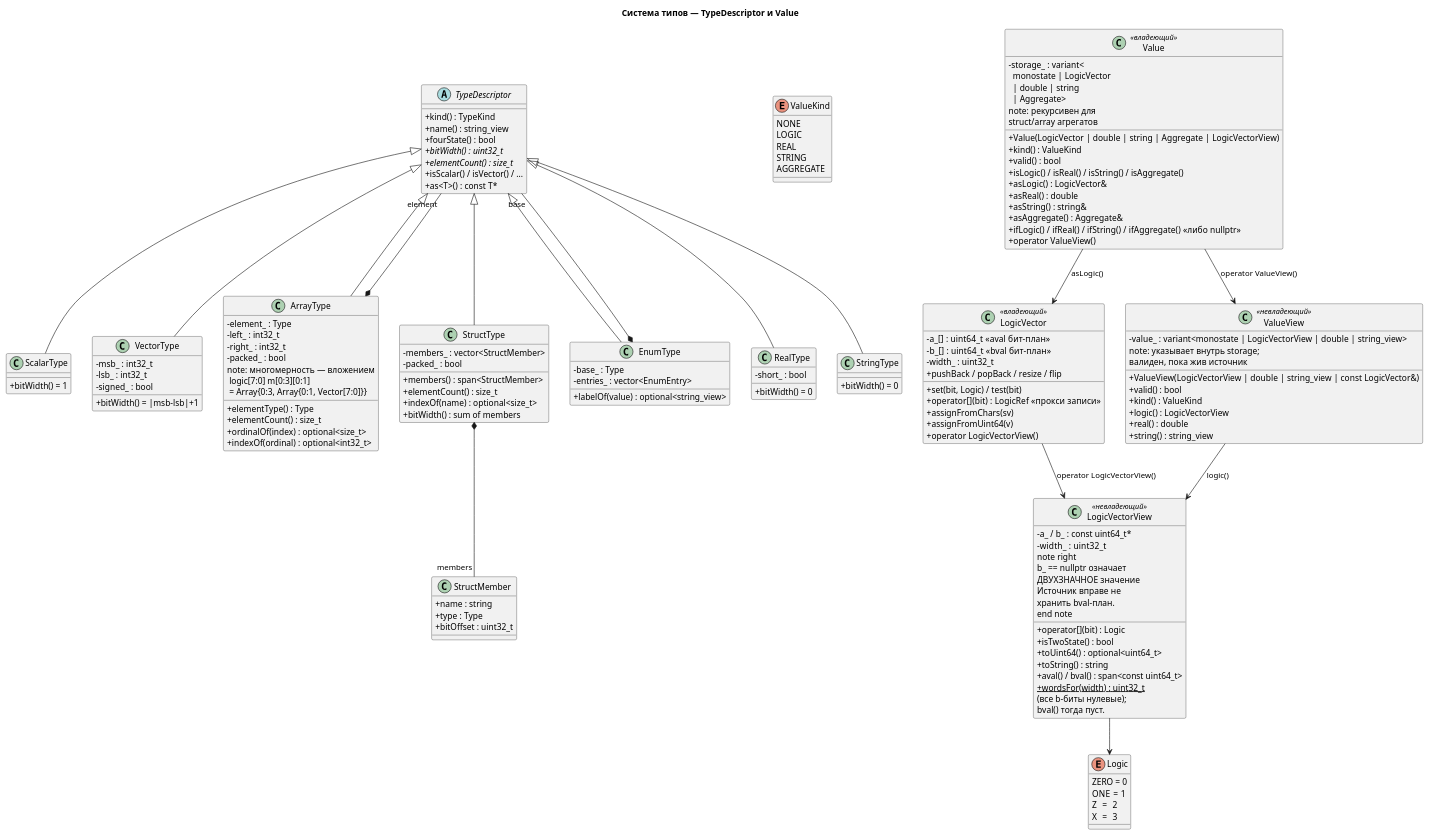
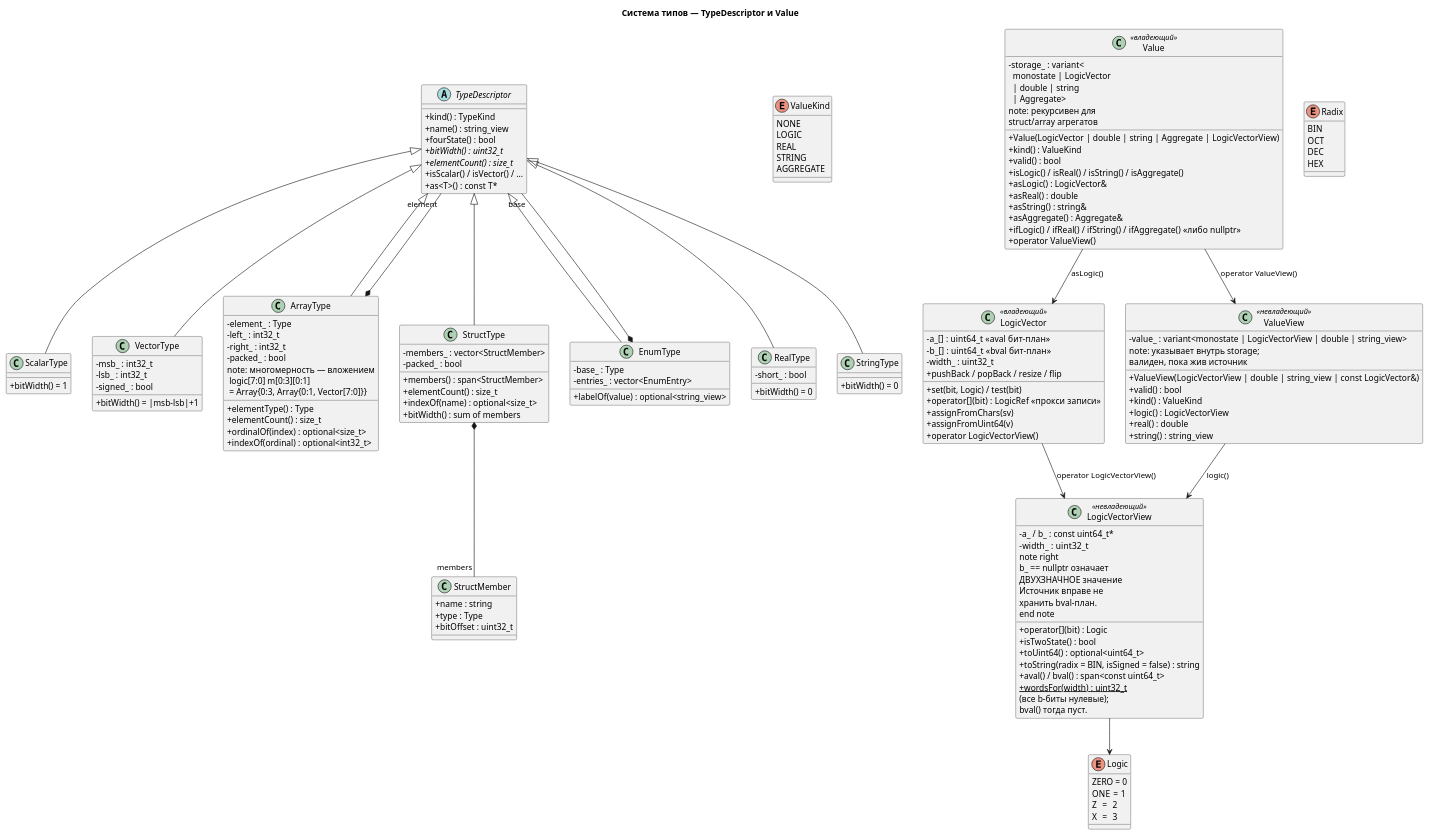
Before and after one commit to gikon3/wasafe: the diagram in docs/uml/02_types.puml, drawn with PlantUML. The commit also changed 4 other files, not shown here.

```diff
--- a/docs/uml/02_types.puml
+++ b/docs/uml/02_types.puml
@@ -1,162 +1,169 @@
 @startuml 02_types
 title Система типов — TypeDescriptor и Value
 
 skinparam classAttributeIconSize 0
 skinparam defaultFontName Consolas
 
 ' ──────────────── Иерархия типов ────────────────
 abstract class TypeDescriptor {
     + kind() : TypeKind
     + name() : string_view
     + fourState() : bool
     + {abstract} bitWidth() : uint32_t
     + {abstract} elementCount() : size_t
     + isScalar() / isVector() / ...
     + as<T>() : const T*
 }
 
 class ScalarType {
     + bitWidth() = 1
 }
 
 class VectorType {
     - msb_ : int32_t
     - lsb_ : int32_t
     - signed_ : bool
     + bitWidth() = |msb-lsb|+1
 }
 
 class ArrayType {
     - element_ : Type
     - left_ : int32_t
     - right_ : int32_t
     - packed_ : bool
     + elementType() : Type
     + elementCount() : size_t
     + ordinalOf(index) : optional<size_t>
     + indexOf(ordinal) : optional<int32_t>
     note: многомерность — вложением\n logic[7:0] m[0:3][0:1]\n = Array{0:3, Array{0:1, Vector[7:0]}}
 }
 
 class StructType {
     - members_ : vector<StructMember>
     - packed_ : bool
     + members() : span<StructMember>
     + elementCount() : size_t
     + indexOf(name) : optional<size_t>
     + bitWidth() : sum of members
 }
 
 class EnumType {
     - base_ : Type
     - entries_ : vector<EnumEntry>
     + labelOf(value) : optional<string_view>
 }
 
 class RealType {
     - short_ : bool
     + bitWidth() = 0
 }
 
 class StringType {
     + bitWidth() = 0
 }
 
 TypeDescriptor <|-- ScalarType
 TypeDescriptor <|-- VectorType
 TypeDescriptor <|-- ArrayType
 TypeDescriptor <|-- StructType
 TypeDescriptor <|-- EnumType
 TypeDescriptor <|-- RealType
 TypeDescriptor <|-- StringType
 
 ArrayType *-- "element" TypeDescriptor
 StructType *-- "members" StructMember
 EnumType *-- "base" TypeDescriptor
 
 class StructMember {
     + name : string
     + type : Type
     + bitOffset : uint32_t
 }
 
 ' ──────────────── Значения ────────────────
 enum ValueKind {
     NONE
     LOGIC
     REAL
     STRING
     AGGREGATE
 }
 
 class LogicVector <<владеющий>> {
     - a_[] : uint64_t  «aval бит-план»
     - b_[] : uint64_t  «bval бит-план»
     - width_ : uint32_t
     + set(bit, Logic) / test(bit)
     + operator[](bit) : LogicRef  «прокси записи»
     + assignFromChars(sv)
     + assignFromUint64(v)
     + pushBack / popBack / resize / flip
     + operator LogicVectorView()
 }
 
+enum Radix {
+    BIN
+    OCT
+    DEC
+    HEX
+}
+
 class LogicVectorView <<невладеющий>> {
     - a_ / b_ : const uint64_t*
     - width_  : uint32_t
     + operator[](bit) : Logic
     + isTwoState() : bool
     + toUint64() : optional<uint64_t>
-    + toString() : string
+    + toString(radix = BIN, isSigned = false) : string
     + aval() / bval() : span<const uint64_t>
     + {static} wordsFor(width) : uint32_t
     note right
       b_ == nullptr означает
       ДВУХЗНАЧНОЕ значение
       (все b-биты нулевые);
       bval() тогда пуст.
       Источник вправе не
       хранить bval-план.
     end note
 }
 
 class Value <<владеющий>> {
     - storage_ : variant<\n  monostate | LogicVector\n  | double | string\n  | Aggregate>
     + Value(LogicVector | double | string | Aggregate | LogicVectorView)
     + kind() : ValueKind
     + valid() : bool
     + isLogic() / isReal() / isString() / isAggregate()
     + asLogic() : LogicVector&
     + asReal() : double
     + asString() : string&
     + asAggregate() : Aggregate&
     + ifLogic() / ifReal() / ifString() / ifAggregate()  «либо nullptr»
     + operator ValueView()
     note: рекурсивен для\nstruct/array агрегатов
 }
 
 class ValueView <<невладеющий>> {
     - value_ : variant<monostate | LogicVectorView | double | string_view>
     + ValueView(LogicVectorView | double | string_view | const LogicVector&)
     + valid() : bool
     + kind() : ValueKind
     + logic() : LogicVectorView
     + real() : double
     + string() : string_view
     note: указывает внутрь storage;\nвалиден, пока жив источник
 }
 
 enum Logic {
     ZERO = 0
     ONE  = 1
     Z    = 2
     X    = 3
 }
 
 LogicVectorView --> Logic
 LogicVector --> LogicVectorView : operator LogicVectorView()
 Value --> LogicVector : asLogic()
 Value --> ValueView : operator ValueView()
 ValueView --> LogicVectorView : logic()
 
 @enduml
```
